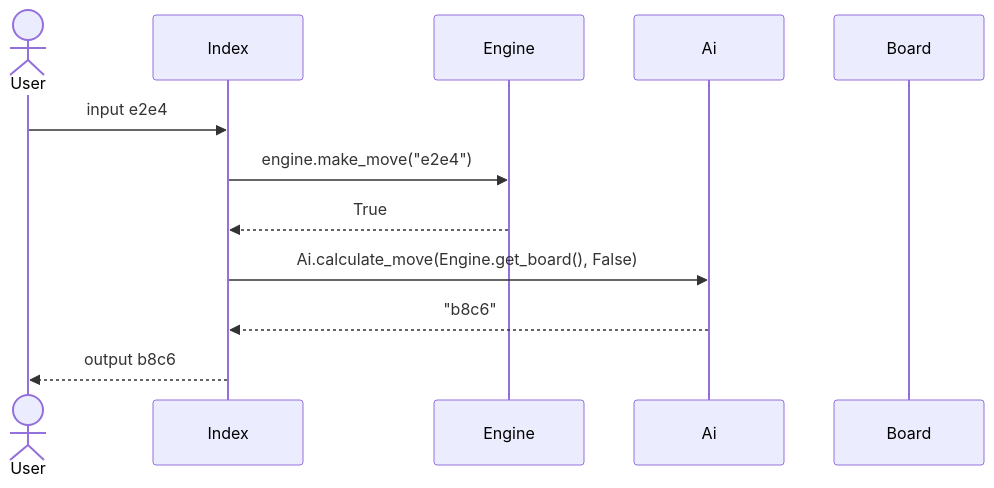
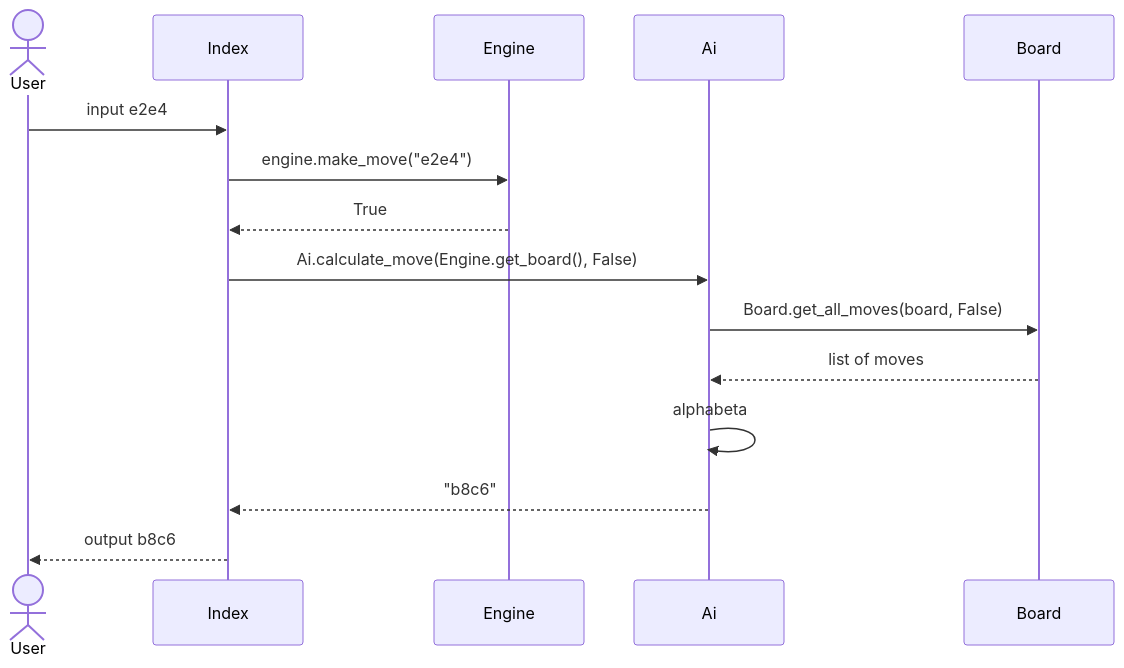
The diagram in documentation/implementation.md (rikumat/chess-engine), drawn with Mermaid before and after one commit. The commit also changed other lines of this file, not shown here.

````diff
--- a/documentation/implementation.md
+++ b/documentation/implementation.md
@@ -22,15 +22,18 @@
 ```mermaid
 sequenceDiagram
   actor User
   participant Index
   participant Engine
   participant Ai
   participant Board
 
 User ->> Index:input e2e4
 Index ->> Engine: engine.make_move("e2e4")
 Engine -->> Index: True
 Index ->> Ai: Ai.calculate_move(Engine.get_board(), False)
+Ai ->> Board: Board.get_all_moves(board, False)
+Board -->> Ai: list of moves
+Ai->>Ai: alphabeta
 Ai -->> Index: "b8c6"
 Index -->> User: output b8c6
   ```
````
